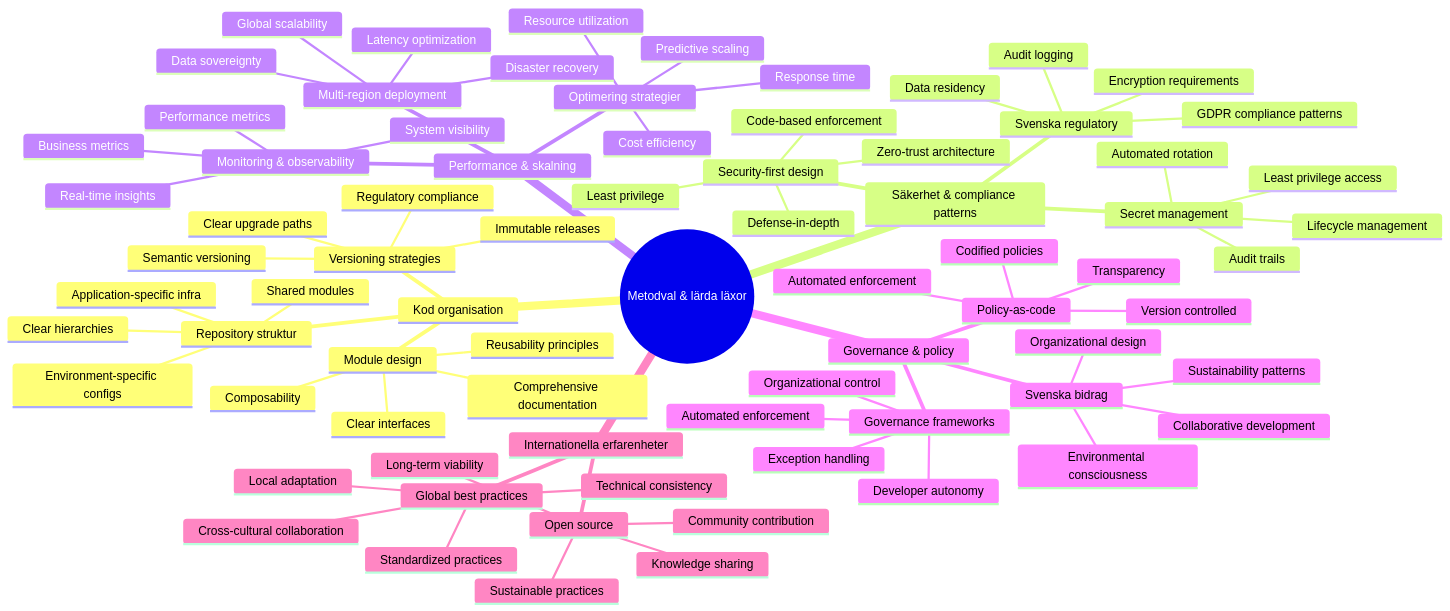
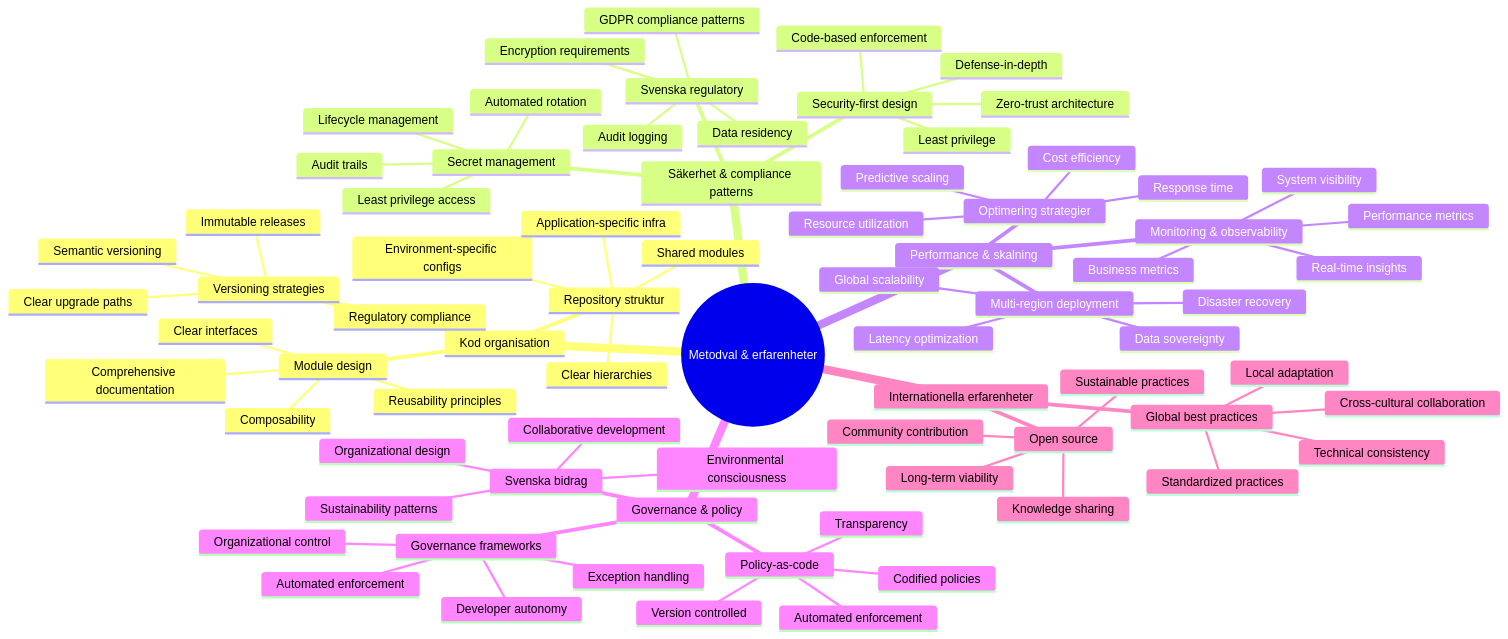
Before and after one commit to Geonitab/architecture_as_code: the diagram in docs/images/mindmap_22_best_practices.mmd, drawn with Mermaid. The commit also changed 1 other file, not shown here.

Commit message:
Ändra "lärda läxor"

```diff
--- a/docs/images/mindmap_22_best_practices.mmd
+++ b/docs/images/mindmap_22_best_practices.mmd
@@ -1,77 +1,77 @@
 mindmap
-  root((Metodval & lärda läxor))
+  root((Metodval & erfarenheter))
     Kod organisation
       Repository struktur
         Shared modules
         Environment-specific configs
         Application-specific infra
         Clear hierarchies
       Module design
         Reusability principles
         Composability
         Clear interfaces
         Comprehensive documentation
       Versioning strategies
         Semantic versioning
         Immutable releases
         Clear upgrade paths
         Regulatory compliance
     Säkerhet & compliance patterns
       Security-first design
         Defense-in-depth
         Least privilege
         Zero-trust architecture
         Code-based enforcement
       Svenska regulatory
         GDPR compliance patterns
         Data residency
         Encryption requirements
         Audit logging
       Secret management
         Automated rotation
         Audit trails
         Least privilege access
         Lifecycle management
     Performance & skalning
       Optimering strategier
         Cost efficiency
         Resource utilization
         Response time
         Predictive scaling
       Multi-region deployment
         Global scalability
         Data sovereignty
         Latency optimization
         Disaster recovery
       Monitoring & observability
         System visibility
         Real-time insights
         Performance metrics
         Business metrics
     Governance & policy
       Governance frameworks
         Developer autonomy
         Organizational control
         Automated enforcement
         Exception handling
       Policy-as-code
         Codified policies
         Version controlled
         Automated enforcement
         Transparency
       Svenska bidrag
         Organizational design
         Environmental consciousness
         Collaborative development
         Sustainability patterns
     Internationella erfarenheter
       Global best practices
         Cross-cultural collaboration
         Technical consistency
         Local adaptation
         Standardized practices
       Open source
         Community contribution
         Knowledge sharing
         Sustainable practices
         Long-term viability
```
